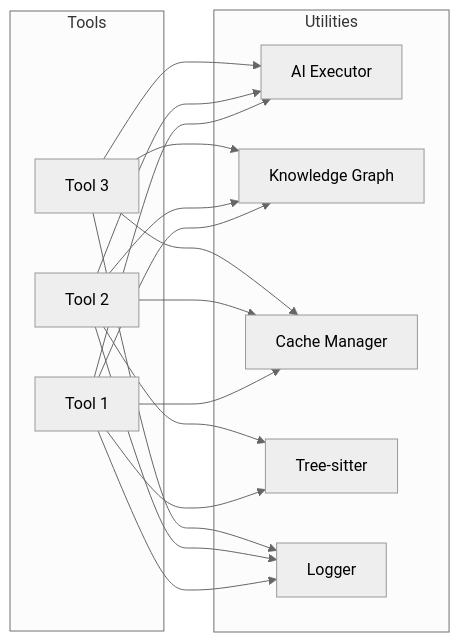
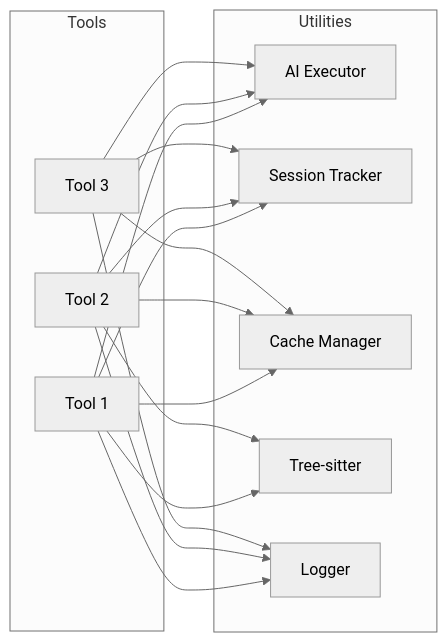
The second of 5 diagrams in docs/explanation/architecture-overview.md (tosin2013/mcp-adr-analysis-server), drawn with Mermaid (neutral theme) before and after one commit. The commit also changed other lines of this file and 28 other files, not shown here.

First line of the commit message:
docs(naming): rename "Knowledge Graph" to "Session & Tool-Usage Tracker" (#1548) (#1606)

````diff
--- a/docs/explanation/architecture-overview.md
+++ b/docs/explanation/architecture-overview.md
@@ -112,22 +112,22 @@
 ```mermaid
 graph LR
     subgraph Tools
         T1[Tool 1]
         T2[Tool 2]
         T3[Tool 3]
     end
 
     subgraph Utilities
         AI[AI Executor]
-        KG[Knowledge Graph]
+        KG[Session Tracker]
         CM[Cache Manager]
         TS[Tree-sitter]
         LOG[Logger]
     end
 
     T1 & T2 & T3 --> AI
     T1 & T2 & T3 --> KG
     T1 & T2 & T3 --> CM
     T1 & T2 --> TS
     T1 & T2 & T3 --> LOG
 ```
````
